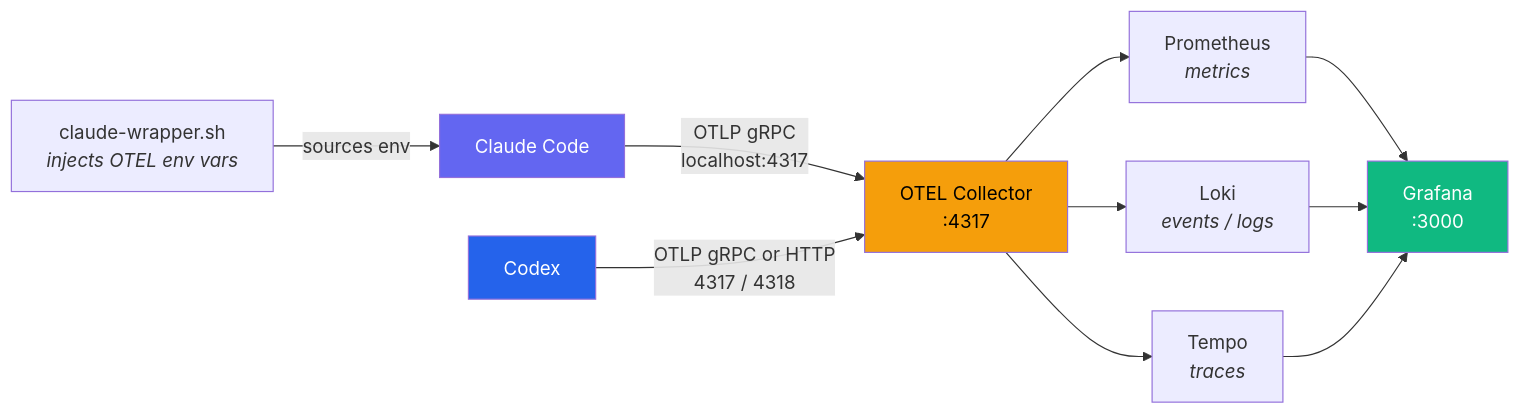
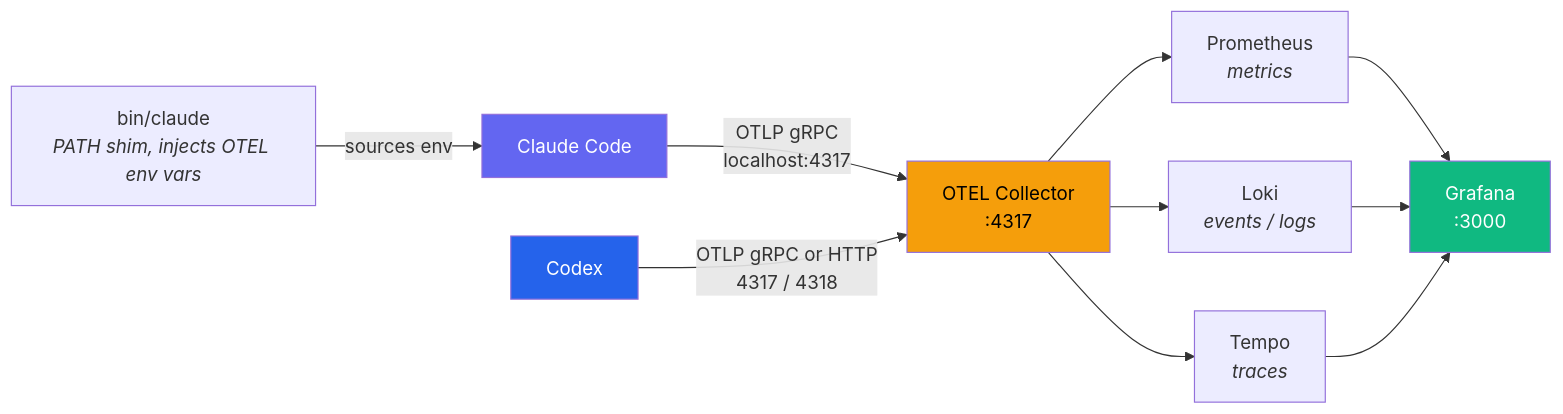
Before and after one commit to jewzaam/claude-otel-stack: the diagram in README.md, drawn with Mermaid. The commit also changed other lines of this file and 10 other files, not shown here.

First line of the commit message:
feat(telemetry): add PATH shims for Claude and Codex

````diff
--- a/README.md
+++ b/README.md
@@ -33,26 +33,26 @@
 ```mermaid
 flowchart LR
     CC["Claude Code"]
     CX["Codex"]
-    W["claude-wrapper.sh<br/><i>injects OTEL env vars</i>"]
+    W["bin/claude<br/><i>PATH shim, injects OTEL env vars</i>"]
     OC["OTEL Collector<br/>:4317"]
     P["Prometheus<br/><i>metrics</i>"]
     L["Loki<br/><i>events / logs</i>"]
     T["Tempo<br/><i>traces</i>"]
     G["Grafana<br/>:3000"]
 
     W -- sources env --> CC
     CC -- "OTLP gRPC<br/>localhost:4317" --> OC
     CX -- "OTLP gRPC or HTTP<br/>4317 / 4318" --> OC
     OC --> P
     OC --> L
     OC --> T
     P --> G
     L --> G
     T --> G
 
     style CC fill:#6366f1,color:#fff
     style CX fill:#2563eb,color:#fff
     style OC fill:#f59e0b,color:#000
     style G fill:#10b981,color:#fff
 ```
````
